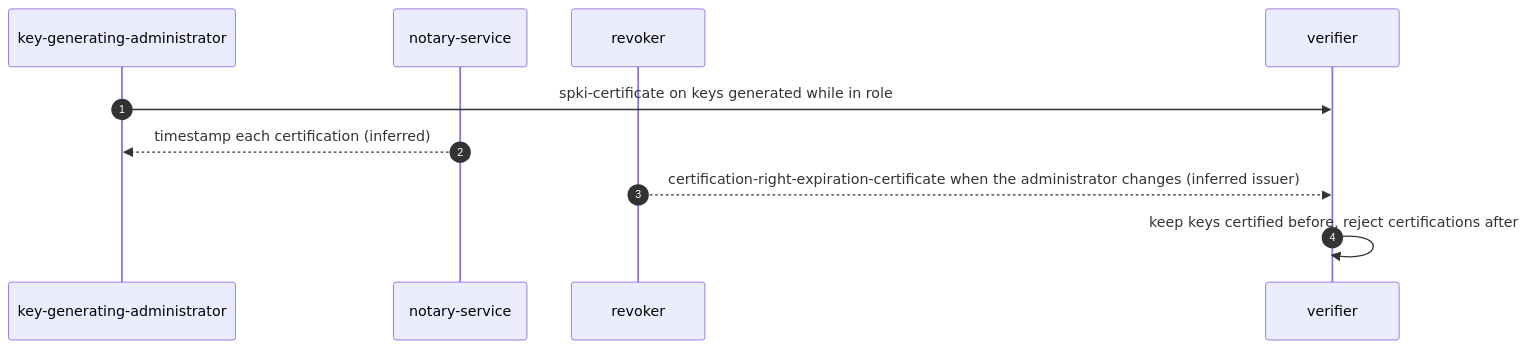
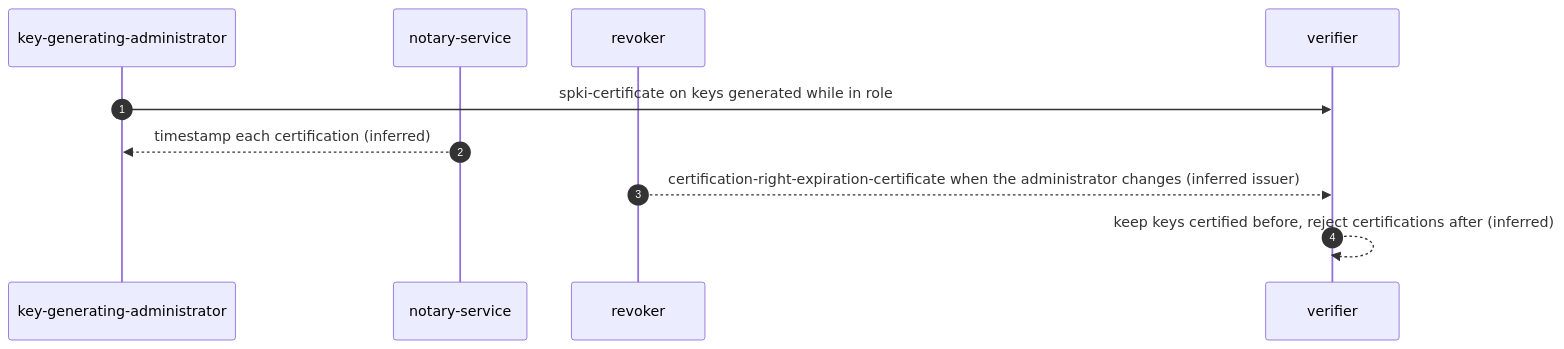
One commit to m-of-n/library changed diagram 19 of 26 in records/ietf/rfc-2692/distilled/protocol.md. Above: the diagram before and after it, drawn with Mermaid. The commit also changed other lines of this file and 9 other files, not shown here.

````diff
--- a/records/ietf/rfc-2692/distilled/protocol.md
+++ b/records/ietf/rfc-2692/distilled/protocol.md
@@ -559,12 +564,12 @@
 ```mermaid
 sequenceDiagram
   autonumber
   participant A as key-generating-administrator
   participant N as notary-service
   participant X as revoker
   participant V as verifier
   A->>V: spki-certificate on keys generated while in role
   N-->>A: timestamp each certification (inferred)
   X-->>V: certification-right-expiration-certificate when the administrator changes (inferred issuer)
-  V->>V: keep keys certified before, reject certifications after
+  V-->>V: keep keys certified before, reject certifications after (inferred)
 ```
````
